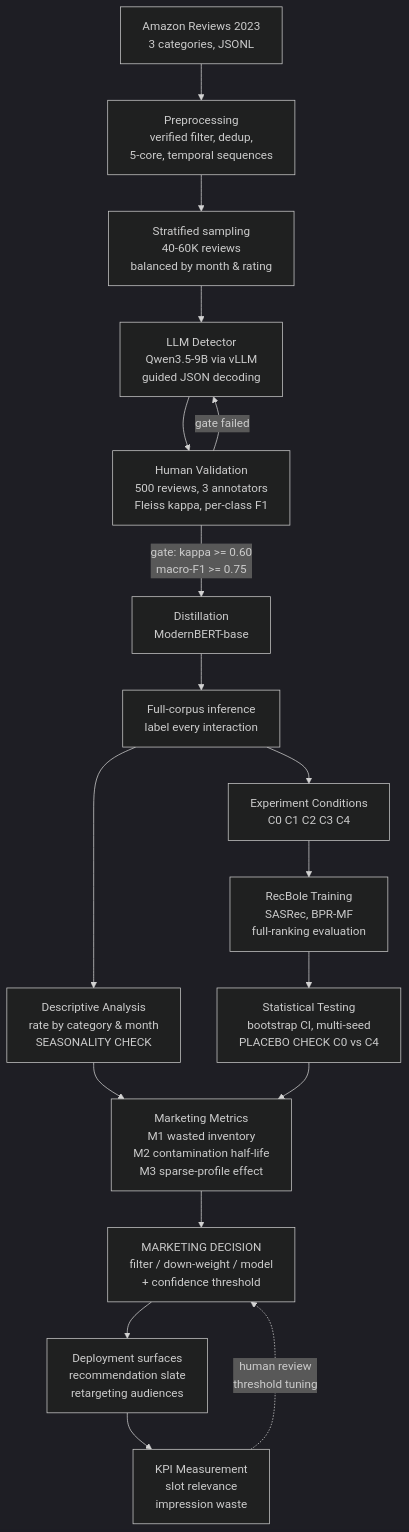
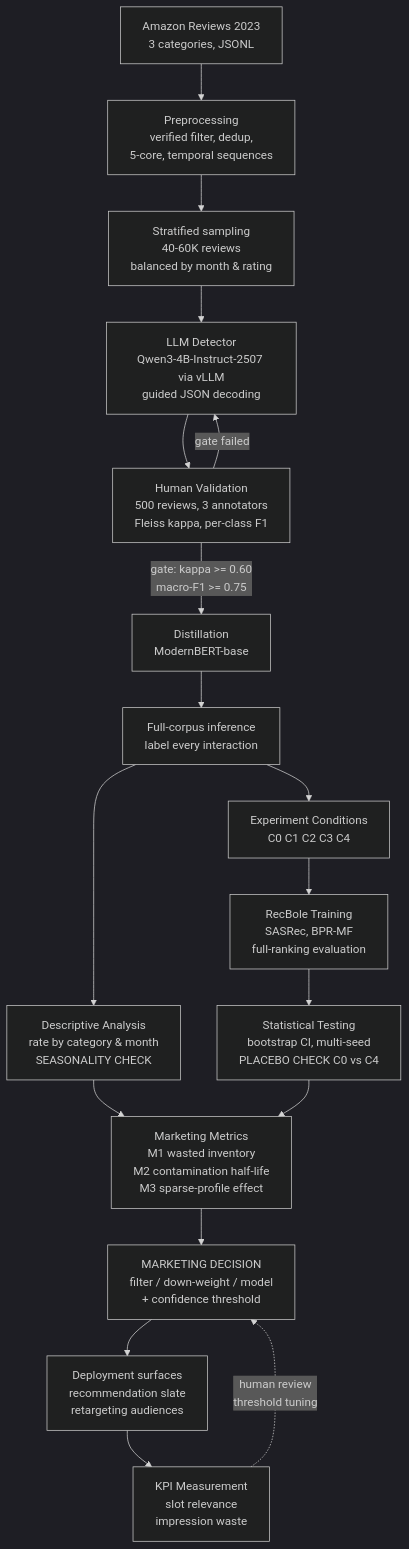
Before and after one commit to edasaruhan/SIC_AI_17_Capstone_Group_2: the diagram in concept-note/concept-note.md, drawn with Mermaid (dark theme). The commit also changed other lines of this file and 13 other files, not shown here.

````diff
--- a/concept-note/concept-note.md
+++ b/concept-note/concept-note.md
@@ -189,27 +189,27 @@
 ```mermaid
 flowchart TD
     A["Amazon Reviews 2023<br/>3 categories, JSONL"] --> B["Preprocessing<br/>verified filter, dedup,<br/>5-core, temporal sequences"]
     B --> C["Stratified sampling<br/>40-60K reviews<br/>balanced by month & rating"]
 
-    C --> D["LLM Detector<br/>Qwen3.5-9B via vLLM<br/>guided JSON decoding"]
+    C --> D["LLM Detector<br/>Qwen3-4B-Instruct-2507 via vLLM<br/>guided JSON decoding"]
     D --> E["Human Validation<br/>500 reviews, 3 annotators<br/>Fleiss kappa, per-class F1"]
     E -->|"gate: kappa >= 0.60<br/>macro-F1 >= 0.75"| F["Distillation<br/>ModernBERT-base"]
     E -->|"gate failed"| D
 
     F --> G["Full-corpus inference<br/>label every interaction"]
 
     G --> H["Descriptive Analysis<br/>rate by category & month<br/>SEASONALITY CHECK"]
     G --> I["Experiment Conditions<br/>C0 C1 C2 C3 C4"]
 
     I --> J["RecBole Training<br/>SASRec, BPR-MF<br/>full-ranking evaluation"]
     J --> K["Statistical Testing<br/>bootstrap CI, multi-seed<br/>PLACEBO CHECK C0 vs C4"]
 
     H --> L["Marketing Metrics<br/>M1 wasted inventory<br/>M2 contamination half-life<br/>M3 sparse-profile effect"]
     K --> L
 
     L --> M["MARKETING DECISION<br/>filter / down-weight / model<br/>+ confidence threshold"]
     M --> N["Deployment surfaces<br/>recommendation slate<br/>retargeting audiences"]
     N --> O["KPI Measurement<br/>slot relevance<br/>impression waste"]
 
     O -.->|"human review<br/>threshold tuning"| M
 ```
````
